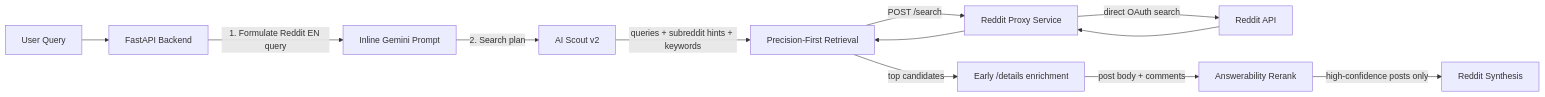
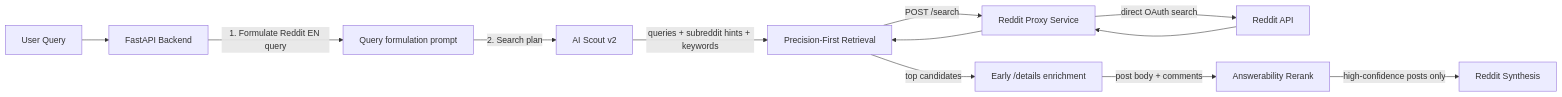
The diagram in docs/architecture/reddit-service.md (shao3d/Experts_panel), drawn with Mermaid before and after one commit. The commit also changed other lines of this file and 4 other files, not shown here.

````diff
--- a/docs/architecture/reddit-service.md
+++ b/docs/architecture/reddit-service.md
@@ -52,16 +57,16 @@
 ```mermaid
 graph LR
     User[User Query] --> Backend[FastAPI Backend]
-    Backend -- "1. Formulate Reddit EN query" --> QueryForm[Inline Gemini Prompt]
+    Backend -- "1. Formulate Reddit EN query" --> QueryForm[Query formulation prompt]
     QueryForm -- "2. Search plan" --> Scout[AI Scout v2]
 
     Scout -- "queries + subreddit hints + keywords" --> Retrieval[Precision-First Retrieval]
     Retrieval -- "POST /search" --> Proxy[Reddit Proxy Service]
     Proxy -- "direct OAuth search" --> Reddit[Reddit API]
     Reddit --> Proxy
     Proxy --> Retrieval
 
     Retrieval -- "top candidates" --> Enrich[Early /details enrichment]
     Enrich -- "post body + comments" --> Ranker[Answerability Rerank]
-    Ranker -- "high-confidence posts only" --> Gemini[Reddit Synthesis]
+    Ranker -- "high-confidence posts only" --> Synth[Reddit Synthesis]
 ```
````
